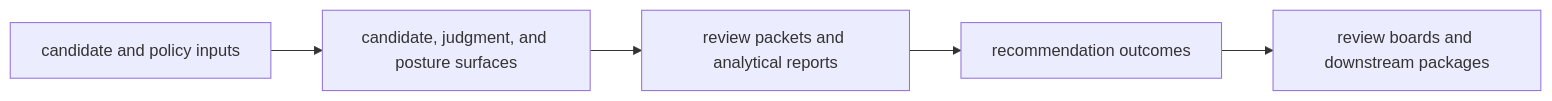
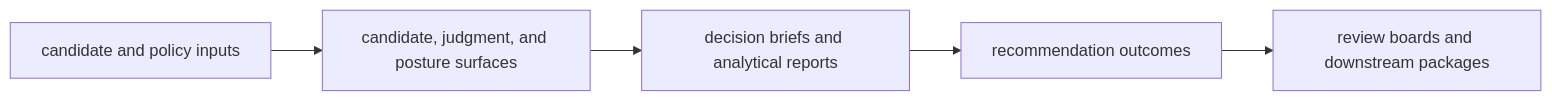
The diagram in docs/05-bijux-proteomics-intelligence/interfaces/index.md (bijux/bijux-proteomics), drawn with Mermaid before and after one commit. The commit also changed other lines of this file and 25 other files, not shown here.

Commit message:
feat(intelligence): move decision briefs into stable review surface

````diff
--- a/docs/05-bijux-proteomics-intelligence/interfaces/index.md
+++ b/docs/05-bijux-proteomics-intelligence/interfaces/index.md
@@ -18,10 +18,10 @@
 ```mermaid
 flowchart LR
     inputs["candidate and policy inputs"]
     scoring["candidate, judgment, and posture surfaces"]
-    briefs["review packets and analytical reports"]
+    briefs["decision briefs and analytical reports"]
     outcomes["recommendation outcomes"]
     review["review boards and downstream packages"]
 
     inputs --> scoring --> briefs --> outcomes --> review
 ```
````
